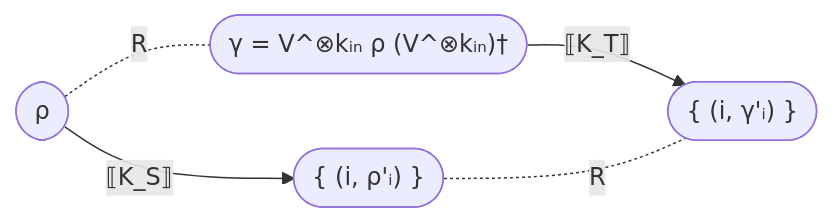
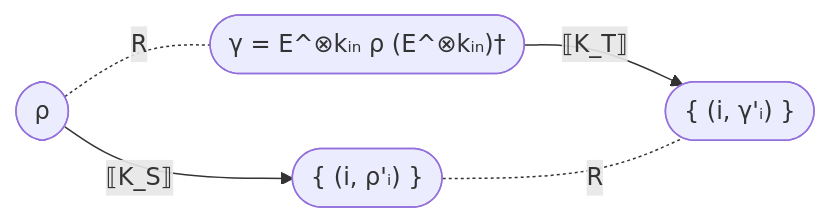
Before and after one commit to anpaz/qstack: the third of 3 diagrams in docs/verification-design.md, drawn with Mermaid. The commit also changed other lines of this file and 1 other file, not shown here.

````diff
--- a/docs/verification-design.md
+++ b/docs/verification-design.md
@@ -210,7 +210,7 @@
 ```mermaid
 flowchart LR
     S(["ρ"]) -- "⟦K_S⟧" --> S2(["{ (i, ρ'ᵢ) }"])
-    T(["γ = V^⊗kᵢₙ ρ (V^⊗kᵢₙ)†"]) -- "⟦K_T⟧" --> T2(["{ (i, γ'ᵢ) }"])
+    T(["γ = E^⊗kᵢₙ ρ (E^⊗kᵢₙ)†"]) -- "⟦K_T⟧" --> T2(["{ (i, γ'ᵢ) }"])
     S -. "R" .- T
     S2 -. "R" .- T2
 ```
````
